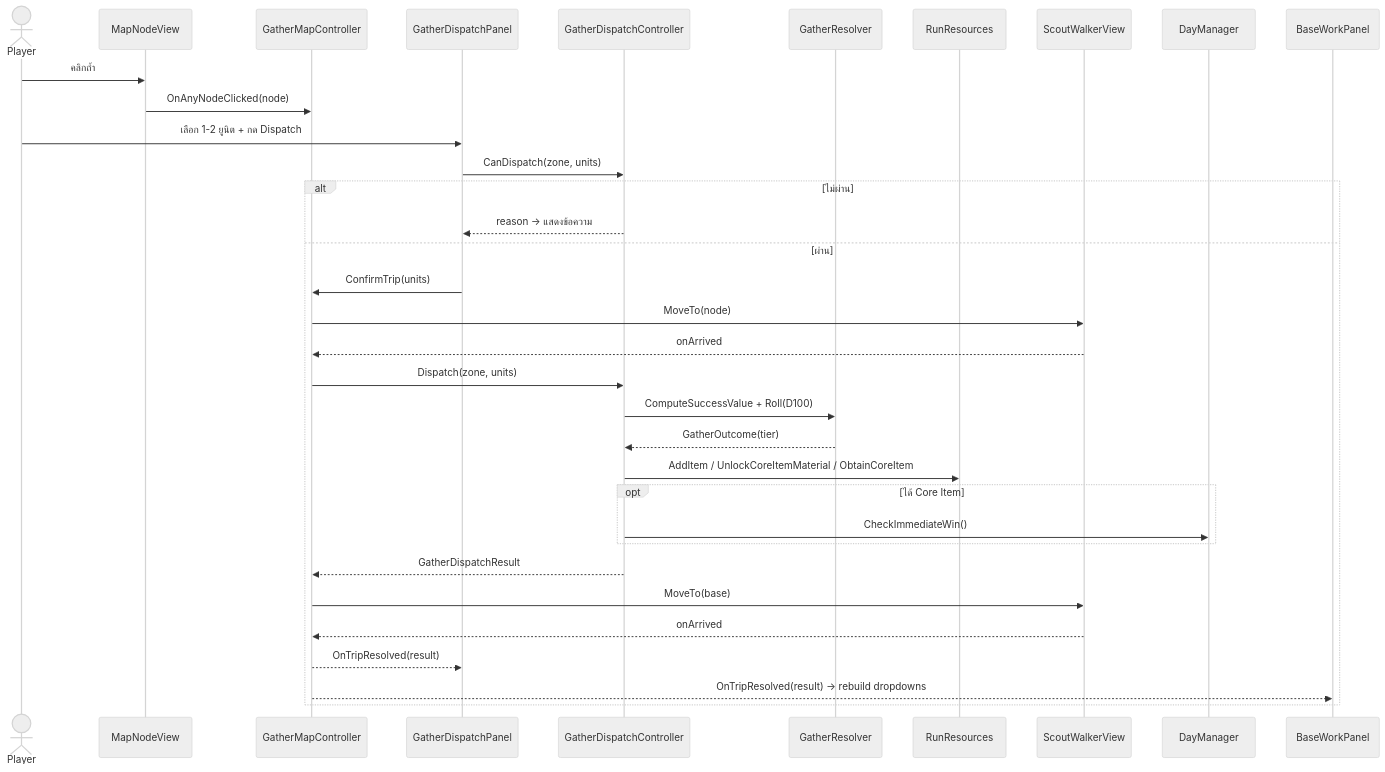
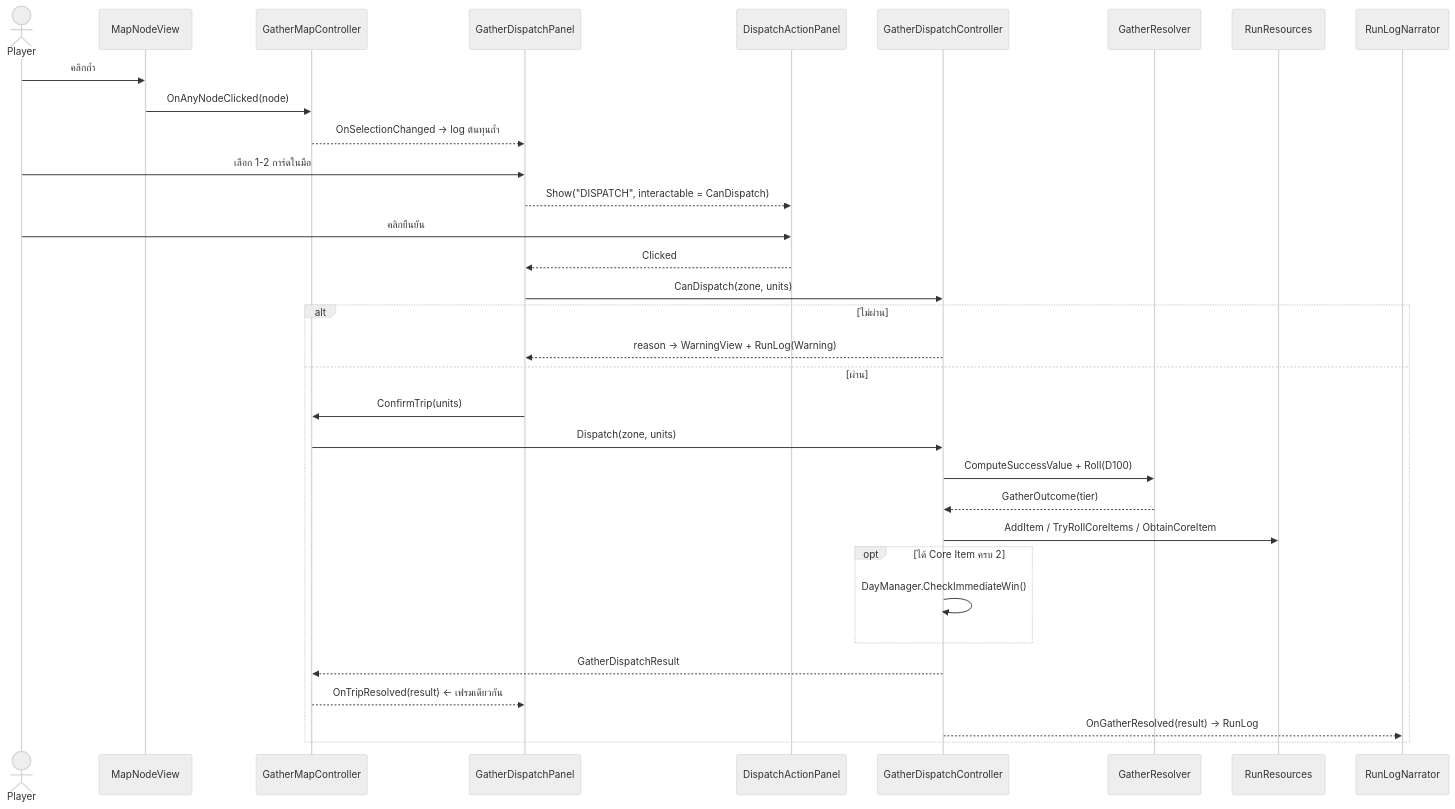
One commit to nopponaim603/clogged changed the fourth of 6 diagrams in docs/software/04-unity-system-design.md. Above: the diagram before and after it, drawn with Mermaid (neutral theme). The commit also changed other lines of this file and 9 other files, not shown here.

````diff
--- a/docs/software/04-unity-system-design.md
+++ b/docs/software/04-unity-system-design.md
@@ -238,35 +250,36 @@
 ```mermaid
 sequenceDiagram
     actor P as Player
     participant MV as MapNodeView
     participant GMC as GatherMapController
     participant GDP as GatherDispatchPanel
+    participant DAP as DispatchActionPanel
     participant GDC as GatherDispatchController
     participant GR as GatherResolver
     participant RR as RunResources
-    participant SW as ScoutWalkerView
+    participant NR as RunLogNarrator
 
     P->>MV: คลิกถ้ำ
     MV->>GMC: OnAnyNodeClicked(node)
-    P->>GDP: เลือก 1-2 ยูนิต + กด Dispatch
+    GMC-->>GDP: OnSelectionChanged → log ต้นทุนถ้ำ
+    P->>GDP: เลือก 1-2 การ์ดในมือ
+    GDP-->>DAP: Show("DISPATCH", interactable = CanDispatch)
+    P->>DAP: คลิกยืนยัน
+    DAP-->>GDP: Clicked
     GDP->>GDC: CanDispatch(zone, units)
     alt ไม่ผ่าน
-        GDC-->>GDP: reason → แสดงข้อความ
+        GDC-->>GDP: reason → WarningView + RunLog(Warning)
     else ผ่าน
         GDP->>GMC: ConfirmTrip(units)
-        GMC->>SW: MoveTo(node)
-        SW-->>GMC: onArrived
         GMC->>GDC: Dispatch(zone, units)
         GDC->>GR: ComputeSuccessValue + Roll(D100)
         GR-->>GDC: GatherOutcome(tier)
-        GDC->>RR: AddItem / UnlockCoreItemMaterial / ObtainCoreItem
-        opt ได้ Core Item
-            GDC->>DayManager: CheckImmediateWin()
+        GDC->>RR: AddItem / TryRollCoreItems / ObtainCoreItem
+        opt ได้ Core Item ครบ 2
+            GDC->>GDC: DayManager.CheckImmediateWin()
         end
         GDC-->>GMC: GatherDispatchResult
-        GMC->>SW: MoveTo(base)
-        SW-->>GMC: onArrived
-        GMC-->>GDP: OnTripResolved(result)
-        GMC-->>BaseWorkPanel: OnTripResolved(result) → rebuild dropdowns
+        GMC-->>GDP: OnTripResolved(result)   ← เฟรมเดียวกัน
+        GDC-->>NR: OnGatherResolved(result) → RunLog
     end
 ```
````
